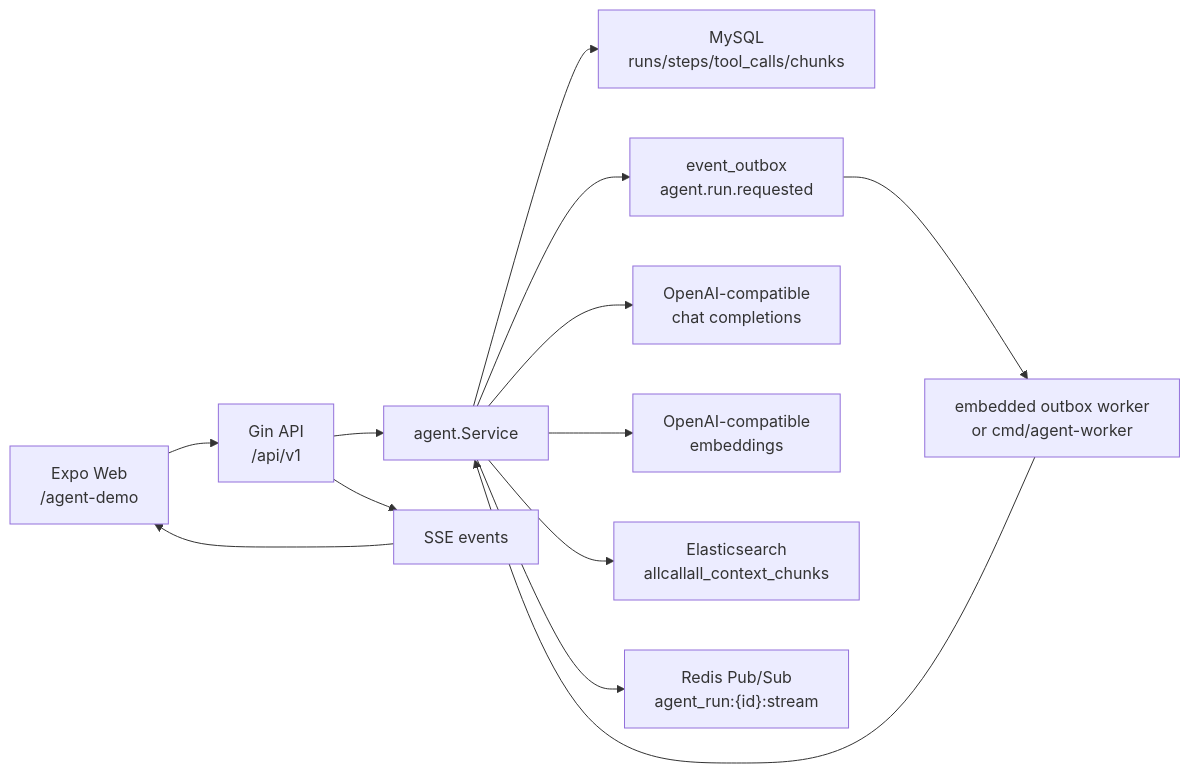
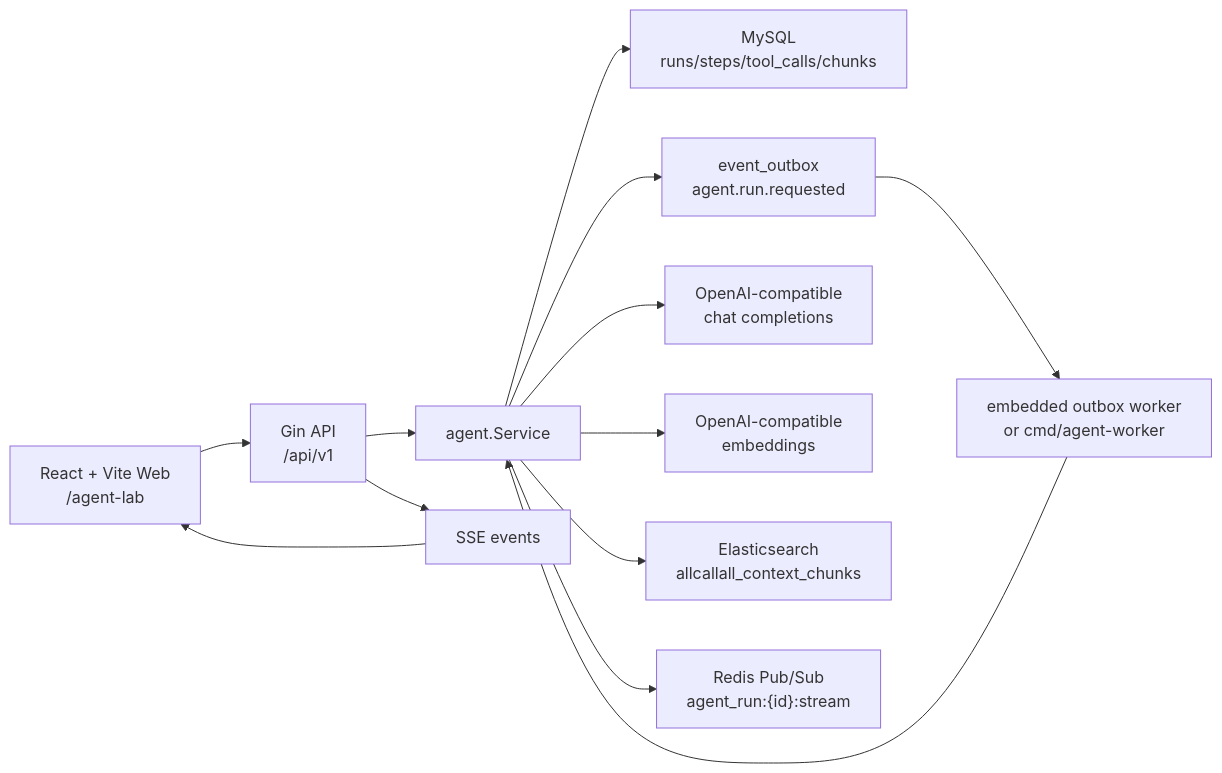
The diagram in docs/interview/agent-rag-current-state.md (XianingY/AllCallAll), drawn with Mermaid before and after one commit. The commit also changed other lines of this file and 16 other files, not shown here.

````diff
--- a/docs/interview/agent-rag-current-state.md
+++ b/docs/interview/agent-rag-current-state.md
@@ -41,15 +41,15 @@
 ```mermaid
 flowchart LR
-  Web["Expo Web\n/agent-demo"] --> API["Gin API\n/api/v1"]
+  Web["React + Vite Web\n/agent-lab"] --> API["Gin API\n/api/v1"]
   API --> AgentSvc["agent.Service"]
   AgentSvc --> MySQL["MySQL\nruns/steps/tool_calls/chunks"]
   AgentSvc --> Outbox["event_outbox\nagent.run.requested"]
   Outbox --> Worker["embedded outbox worker\nor cmd/agent-worker"]
   Worker --> AgentSvc
   AgentSvc --> LLM["OpenAI-compatible\nchat completions"]
   AgentSvc --> Embed["OpenAI-compatible\nembeddings"]
   AgentSvc --> ES["Elasticsearch\nallcallall_context_chunks"]
   AgentSvc --> Redis["Redis Pub/Sub\nagent_run:{id}:stream"]
   API --> SSE["SSE events"]
   SSE --> Web
 ```
````
